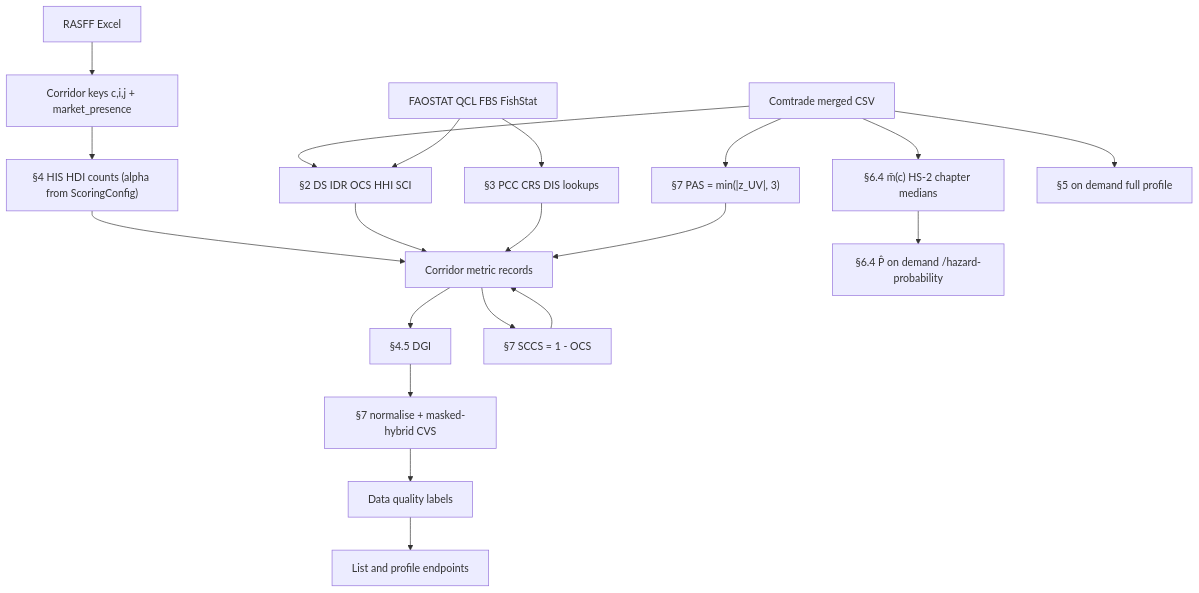
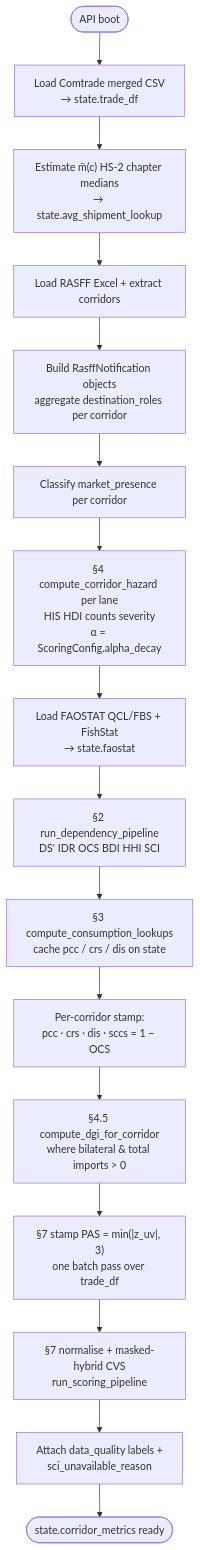
Before and after one commit to Amankrah/defensefood: the second of 3 diagrams in backend/blueprint/Mathematical_Framework_Implementation.md, drawn with Mermaid. The commit also changed other lines of this file, not shown here.

````diff
--- a/backend/blueprint/Mathematical_Framework_Implementation.md
+++ b/backend/blueprint/Mathematical_Framework_Implementation.md
@@ -795,22 +831,18 @@
 ```mermaid
 flowchart TD
-  RASFF[RASFF Excel] --> Lanes[Corridor keys c,i,j + market_presence]
-  Lanes --> H4["§4 HIS HDI counts (alpha from ScoringConfig)"]
-  Comtrade[Comtrade merged CSV] --> S2[§2 DS IDR OCS HHI SCI]
-  Comtrade --> Mbar["§6.4 m̄(c) HS-2 chapter medians"]
-  FAOSTAT[FAOSTAT QCL FBS FishStat] --> S2
-  FAOSTAT --> S3[§3 PCC CRS DIS lookups]
-  H4 --> Join[Corridor metric records]
-  S2 --> Join
-  S3 --> Join
-  Join --> DGI[§4.5 DGI]
-  Join --> SCCS["§7 SCCS = 1 - OCS"]
-  Comtrade --> PAS["§7 PAS = min(|z_UV|, 3)"]
-  PAS --> Join
-  SCCS --> Join
-  DGI --> S7["§7 normalise + masked-hybrid CVS"]
-  S7 --> DQ[Data quality labels]
-  DQ --> API[List and profile endpoints]
-  Comtrade --> S5[§5 on demand full profile]
-  Mbar --> Phat["§6.4 P̂ on demand /hazard-probability"]
+  Start([API boot]) --> A[Load Comtrade merged CSV<br/>→ state.trade_df]
+  A --> B["Estimate m̄(c) HS-2 chapter medians<br/>→ state.avg_shipment_lookup"]
+  B --> C[Load RASFF Excel + extract corridors]
+  C --> D[Build RasffNotification objects<br/>aggregate destination_roles per corridor]
+  D --> E[Classify market_presence per corridor]
+  E --> F["§4 compute_corridor_hazard per lane<br/>HIS HDI counts severity<br/>α = ScoringConfig.alpha_decay"]
+  F --> G[Load FAOSTAT QCL/FBS + FishStat<br/>→ state.faostat]
+  G --> H["§2 run_dependency_pipeline<br/>DS' IDR OCS BDI HHI SCI"]
+  H --> I["§3 compute_consumption_lookups<br/>cache pcc / crs / dis on state"]
+  I --> J["Per-corridor stamp:<br/>pcc · crs · dis · sccs = 1 − OCS"]
+  J --> K["§4.5 compute_dgi_for_corridor<br/>where bilateral &amp; total imports &gt; 0"]
+  K --> L["§7 stamp PAS = min(|z_uv|, 3)<br/>one batch pass over trade_df"]
+  L --> M["§7 normalise + masked-hybrid CVS<br/>run_scoring_pipeline"]
+  M --> N[Attach data_quality labels +<br/>sci_unavailable_reason]
+  N --> Ready([state.corridor_metrics ready])
 ```
````
